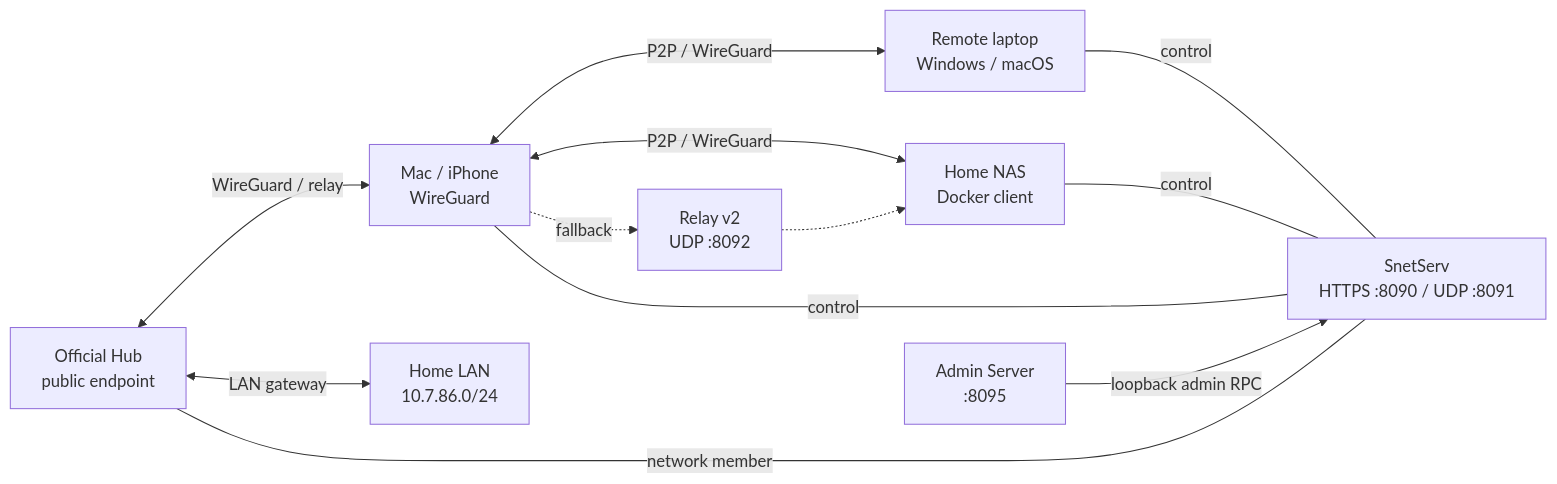
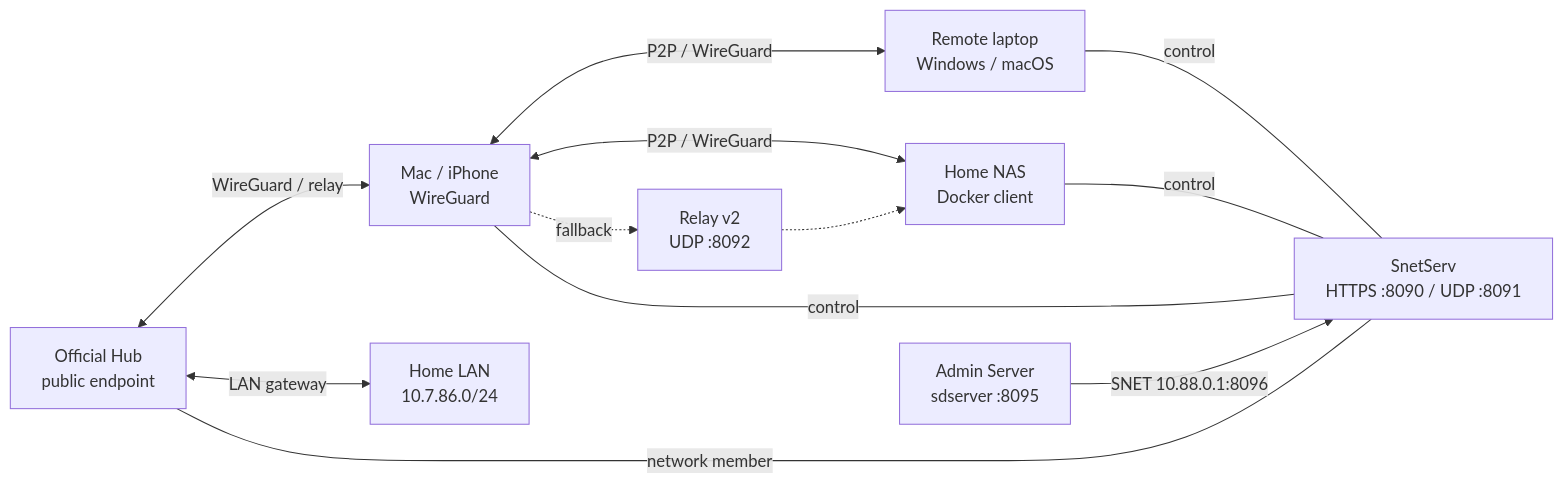
Before and after one commit to S-shidi/Snet: the diagram in README.md, drawn with Mermaid. The commit also changed other lines of this file and 10 other files, not shown here.

Commit message:
refactor(deploy): move admin-server to sdserver and isolate internal rpc over snet vpn

````diff
--- a/README.md
+++ b/README.md
@@ -177,23 +177,23 @@
 ```mermaid
 flowchart LR
     A["Mac / iPhone<br/>WireGuard"]
     B["Home NAS<br/>Docker client"]
     C["Remote laptop<br/>Windows / macOS"]
     S["SnetServ<br/>HTTPS :8090 / UDP :8091"]
-    M["Admin Server<br/>:8095"]
+    M["Admin Server<br/>sdserver :8095"]
     R["Relay v2<br/>UDP :8092"]
     H["Official Hub<br/>public endpoint"]
     L["Home LAN<br/>10.7.86.0/24"]
 
     A <-->|"P2P / WireGuard"| B
     A <-->|"P2P / WireGuard"| C
     A -.->|"fallback"| R
     R -.-> B
     C ---|"control"| S
     B ---|"control"| S
     A ---|"control"| S
-    M -->|"loopback admin RPC"| S
+    M -->|"SNET 10.88.0.1:8096"| S
     H <-->|"WireGuard / relay"| A
     H <-->|"LAN gateway"| L
     H ---|"network member"| S
 ```
````
